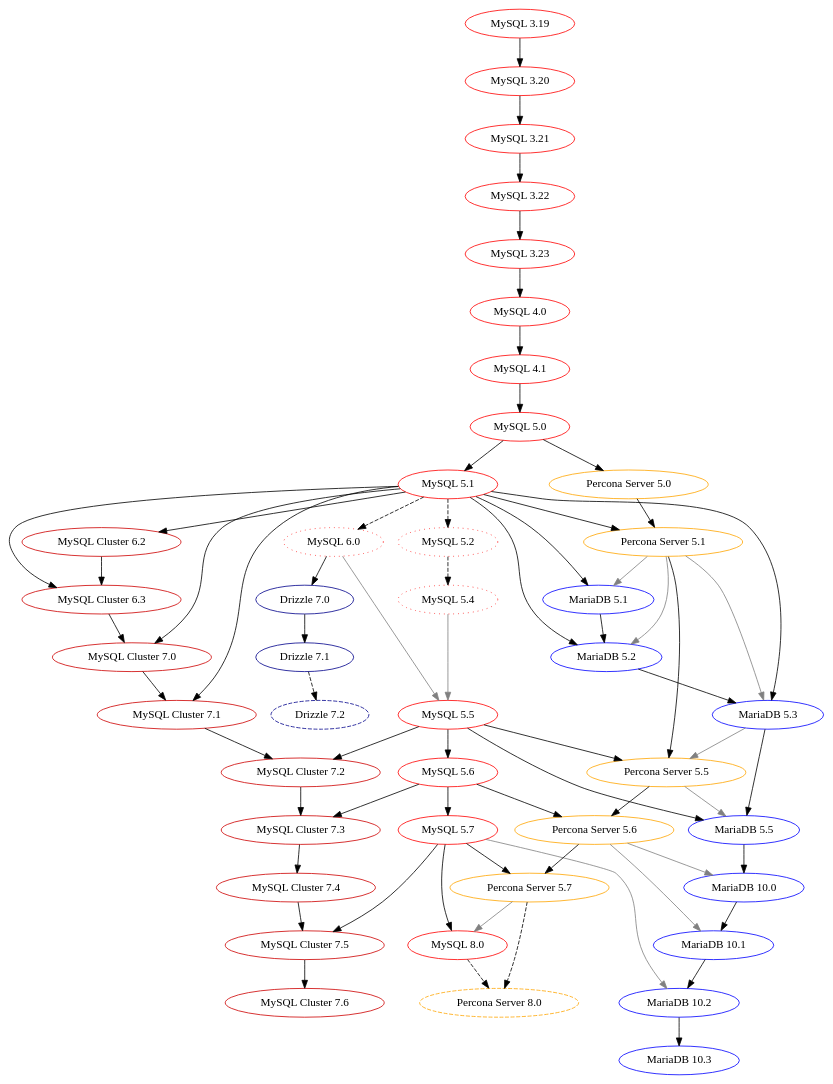
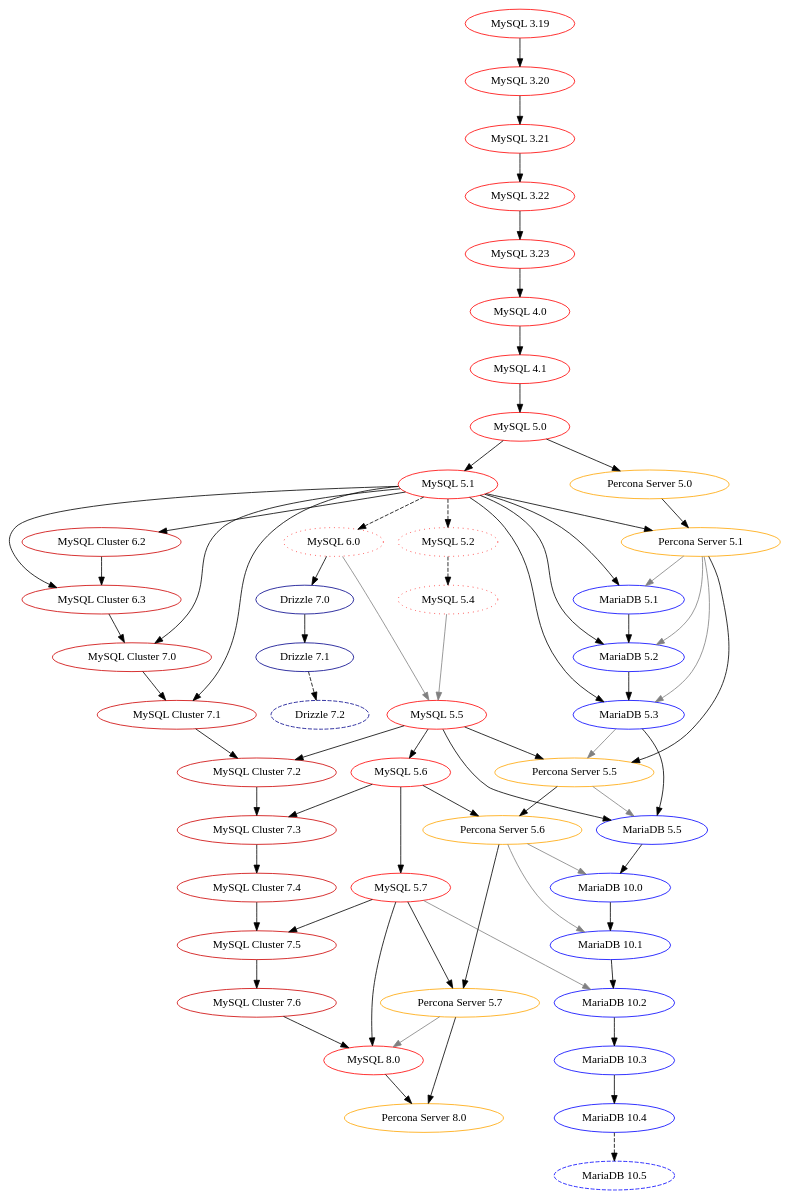
Before and after one commit to dveeden/mysql-history-graph: the diagram in mysql-history-graph.dot, drawn with Graphviz. The commit also changed 2 other files, not shown here.

Commit message:
mysql-history-graph: 4 May update
* MySQL Cluster has been integrated into MySQL 8.0
* Percona Server 8.0 is GA
* Added MariaDB 10.4 and 10.5

```diff
--- a/mysql-history-graph.dot
+++ b/mysql-history-graph.dot
@@ -1,133 +1,146 @@
 digraph mysql_history_graph {
 	/* Standards:
 	   Non-GA: 		dashed
 	   Abandoned: 		dotted 
 	   Oracle MySQL: 	red
 	   MySQL Cluster: 	red3
 	   MariaDB: 		blue
 	   Drizzle: 		blue4
 	   Percona Server: 	orange
 	*/
 
 	/* MySQL/Sun/Oracle MySQL GA */
 	"MySQL 3.19" [color="red"];
 	"MySQL 3.20" [color="red"];
 	"MySQL 3.21" [color="red"];
 	"MySQL 3.22" [color="red"];
 	"MySQL 3.23" [color="red"];
 	"MySQL 4.0" [color="red"];
 	"MySQL 4.1" [color="red"];
 	"MySQL 5.0" [color="red"];
 	"MySQL 5.1" [color="red"];
 	"MySQL 5.5" [color="red"];
 	"MySQL 5.6" [color="red"];
 	"MySQL 5.7" [color="red"];
 	"MySQL 8.0" [color="red"];
 	"MySQL 3.19" -> "MySQL 3.20";
 	"MySQL 3.20" -> "MySQL 3.21";
 	"MySQL 3.21" -> "MySQL 3.22";
 	"MySQL 3.22" -> "MySQL 3.23";
 	"MySQL 3.23" -> "MySQL 4.0";
 	"MySQL 4.0" -> "MySQL 4.1";
 	"MySQL 4.1" -> "MySQL 5.0";
 	"MySQL 5.0" -> "MySQL 5.1";
+	"MySQL 6.0" -> "MySQL 5.5" [color="grey"]; // Optimizer improvements
+	"MySQL 5.4" -> "MySQL 5.5" [color="grey"]; // InnoDB Scalability
 	"MySQL 5.5" -> "MySQL 5.6";
 	"MySQL 5.6" -> "MySQL 5.7";
 	"MySQL 5.7" -> "MySQL 8.0";
-	"MySQL 5.4" -> "MySQL 5.5" [color="grey"]; // InnoDB Scalability
-	"MySQL 6.0" -> "MySQL 5.5" [color="grey"]; // Optimizer improvements
+	"MySQL Cluster 7.6" -> "MySQL 8.0";
 
 	/* MySQL/Sun/Oracle non-GA */	
 	"MySQL 5.2" [color="red",style="dotted"];
 	"MySQL 5.4" [color="red",style="dotted"];
 	"MySQL 6.0" [color="red",style="dotted"];
 	"MySQL 5.1" -> "MySQL 5.2" [style="dashed"];
 	"MySQL 5.1" -> "MySQL 6.0" [style="dashed"];
 	"MySQL 5.2" -> "MySQL 5.4" [style="dashed"];
 
 	// Buffer pool mutex split patch, temp table replication improvements in RBR/MBR, numerous bugfixes
 	"Percona Server 5.7" -> "MySQL 8.0" [color="grey"];
 
 	/* MySQL Cluster (NDB) */
 	"MySQL Cluster 6.2" [color="red3"]
 	"MySQL Cluster 6.3" [color="red3"]
 	"MySQL Cluster 7.0" [color="red3"]
 	"MySQL Cluster 7.1" [color="red3"]
 	"MySQL Cluster 7.2" [color="red3"]
 	"MySQL Cluster 7.3"  [color="red3"]
 	"MySQL Cluster 7.4"  [color="red3"]
 	"MySQL Cluster 7.5"  [color="red3"]
 	"MySQL Cluster 7.6"  [color="red3"]
 	"MySQL 5.1" -> "MySQL Cluster 6.2";
 	"MySQL 5.1" -> "MySQL Cluster 6.3";
 	"MySQL Cluster 6.2" -> "MySQL Cluster 6.3";
 	"MySQL 5.1" -> "MySQL Cluster 7.0";
 	"MySQL Cluster 6.3" -> "MySQL Cluster 7.0";
 	"MySQL 5.1" -> "MySQL Cluster 7.1";
 	"MySQL Cluster 7.0" -> "MySQL Cluster 7.1";
 	"MySQL 5.5" -> "MySQL Cluster 7.2";
 	"MySQL Cluster 7.1" -> "MySQL Cluster 7.2";
 	"MySQL 5.6" -> "MySQL Cluster 7.3";
 	"MySQL Cluster 7.2" -> "MySQL Cluster 7.3";
 	"MySQL Cluster 7.3" -> "MySQL Cluster 7.4";
 	"MySQL 5.7" -> "MySQL Cluster 7.5";
 	"MySQL Cluster 7.4" -> "MySQL Cluster 7.5";
 	"MySQL Cluster 7.5" -> "MySQL Cluster 7.6";
 
 	/* MariaDB */
 	"MariaDB 5.1" [color="blue"];
 	"MariaDB 5.2" [color="blue"];
 	"MariaDB 5.3" [color="blue"];
 	"MariaDB 5.5" [color="blue"];
 	"MariaDB 10.0" [color="blue"];
 	"MariaDB 10.1" [color="blue"];
 	"MariaDB 10.2" [color="blue"];
 	"MariaDB 10.3" [color="blue"];
+	"MariaDB 10.4" [color="blue"];
+	"MariaDB 10.5" [color="blue", style="dashed"];
 	"MySQL 5.1" -> "MariaDB 5.1";
 	"Percona Server 5.1" -> "MariaDB 5.1" [color="grey"]; // XtraDB
 	"MySQL 5.1" -> "MariaDB 5.2";
 	"MariaDB 5.1" -> "MariaDB 5.2";
 	"Percona Server 5.1" -> "MariaDB 5.2" [color="grey"]; // XtraDB
 	"MySQL 5.1" -> "MariaDB 5.3";
 	"MariaDB 5.2" -> "MariaDB 5.3";
 	"Percona Server 5.1" -> "MariaDB 5.3" [color="grey"]; // XtraDB
 	"MySQL 5.5" -> "MariaDB 5.5";
 	"MariaDB 5.3" -> "MariaDB 5.5";
 	"Percona Server 5.5" -> "MariaDB 5.5" [color="grey"]; // XtraDB
 	"MariaDB 5.5" -> "MariaDB 10.0";
 	"MariaDB 10.0" -> "MariaDB 10.1";
 	"Percona Server 5.6" -> "MariaDB 10.0" [color="grey"]; // XtraDB
 	"MariaDB 10.1" -> "MariaDB 10.2"; // InnoDB
 	"Percona Server 5.6" -> "MariaDB 10.1" [color="grey"]; // XtraDB
 	"MariaDB 10.2" -> "MariaDB 10.3";
 	"MySQL 5.7" -> "MariaDB 10.2" [color="grey"]; // InnoDB
 
+        /*
+         * https://mariadb.com/kb/en/innodb-versions/
+         * "In MariaDB 10.3.7 and later, the InnoDB implementation has diverged
+         * substantially from the InnoDB in MySQL. Therefore, in these versions,
+         * the InnoDB version is no longer associated with a MySQL release
+         * version."
+         */
+	"MariaDB 10.3" -> "MariaDB 10.4";
+	"MariaDB 10.4" -> "MariaDB 10.5" [style="dashed"];
+
 
 	/* Percona Server */
 	"Percona Server 5.0" [color="orange"];
 	"Percona Server 5.1" [color="orange"];
 	"Percona Server 5.5" [color="orange"];
 	"Percona Server 5.6" [color="orange"];
 	"Percona Server 5.7" [color="orange"];
-	"Percona Server 8.0" [color="orange", style="dashed"];
+	"Percona Server 8.0" [color="orange"];
 	"MySQL 5.0" -> "Percona Server 5.0";
 	"MySQL 5.1" -> "Percona Server 5.1";
 	"Percona Server 5.0" -> "Percona Server 5.1";
 	"MySQL 5.5" -> "Percona Server 5.5";
 	"Percona Server 5.1" -> "Percona Server 5.5";
 	"MariaDB 5.3" -> "Percona Server 5.5" [color="grey"]; // group commit
 	"MySQL 5.6" -> "Percona Server 5.6";
 	"Percona Server 5.5" -> "Percona Server 5.6";
 	"MySQL 5.7" -> "Percona Server 5.7";
 	"Percona Server 5.6" -> "Percona Server 5.7";
-	"Percona Server 5.7" -> "Percona Server 8.0" [style="dashed"];
-	"MySQL 8.0" -> "Percona Server 8.0" [style="dashed"];
+	"Percona Server 5.7" -> "Percona Server 8.0";
+	"MySQL 8.0" -> "Percona Server 8.0";
 
 	/* Drizzle */
 	"Drizzle 7.0" [color="blue4"];
 	"Drizzle 7.1" [color="blue4"];
 	"Drizzle 7.2" [color="blue4", style="dashed"];
 	"MySQL 6.0" -> "Drizzle 7.0";
 	"Drizzle 7.0" -> "Drizzle 7.1";
 	"Drizzle 7.1" -> "Drizzle 7.2" [style="dashed"];
 }
```
